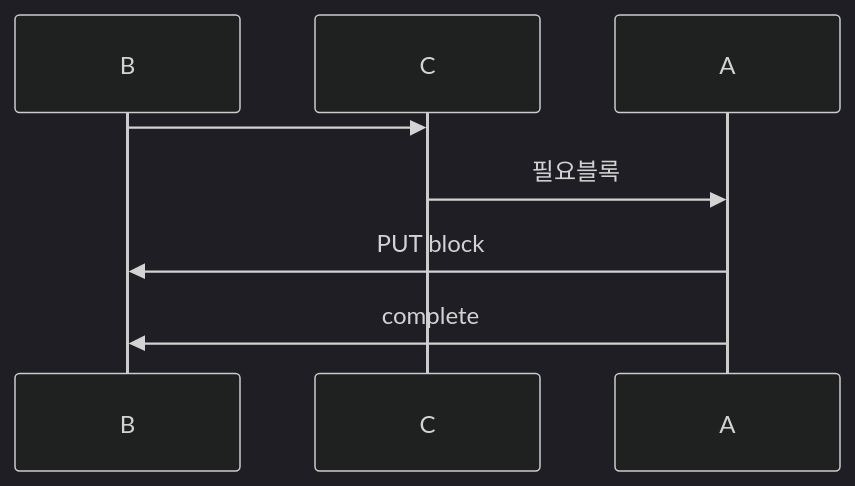
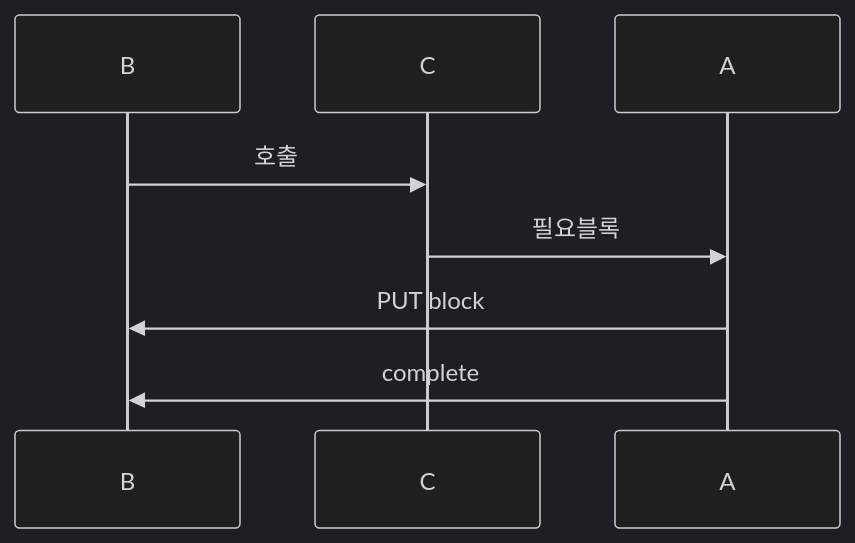
The second of 8 diagrams in _posts/systemdesign/2026-05-03-system-design-file-storage.md (yjkim2015/yjkim2015.github.io), drawn with Mermaid (dark theme) before and after one commit. The commit also changed other lines of this file and 85 other files, not shown here.

First line of the commit message:
sequenceDiagram 문법 에러 2차 수정 169개 (86파일)

````diff
--- a/_posts/systemdesign/2026-05-03-system-design-file-storage.md
+++ b/_posts/systemdesign/2026-05-03-system-design-file-storage.md
@@ -209,7 +209,7 @@
 ```mermaid
 sequenceDiagram
-    B->>C:
+    B->>C: 호출
     C->>A: 필요블록
     A->>B: PUT block
     A->>B: complete
 ```
````
